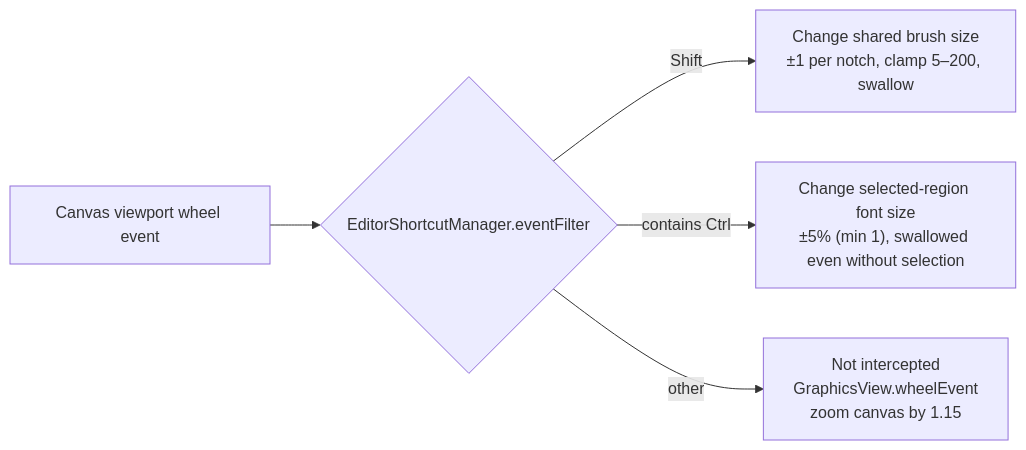
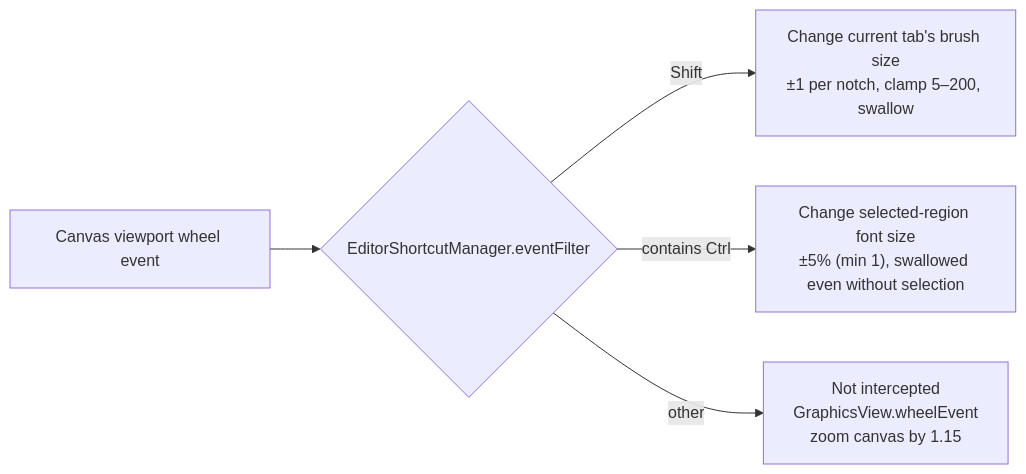
The second of 2 diagrams in doc/wiki/en/desktop/editor/shortcuts.md (hgmzhn/manga-translator-ui), drawn with Mermaid before and after one commit. The commit also changed other lines of this file and 12 other files, not shown here.

Commit message:
fix(editor): remember brush sizes per image tool

````diff
--- a/doc/wiki/en/desktop/editor/shortcuts.md
+++ b/doc/wiki/en/desktop/editor/shortcuts.md
@@ -81,7 +81,7 @@
 ```mermaid
 flowchart LR
     W["Canvas viewport wheel event"] --> F{"EditorShortcutManager.eventFilter"}
-    F -->|Shift| B["Change shared brush size<br/>±1 per notch, clamp 5–200, swallow"]
+    F -->|Shift| B["Change current tab's brush size<br/>±1 per notch, clamp 5–200, swallow"]
     F -->|contains Ctrl| C["Change selected-region font size<br/>±5% (min 1), swallowed even without selection"]
     F -->|other| Z["Not intercepted<br/>GraphicsView.wheelEvent<br/>zoom canvas by 1.15"]
 ```
````
